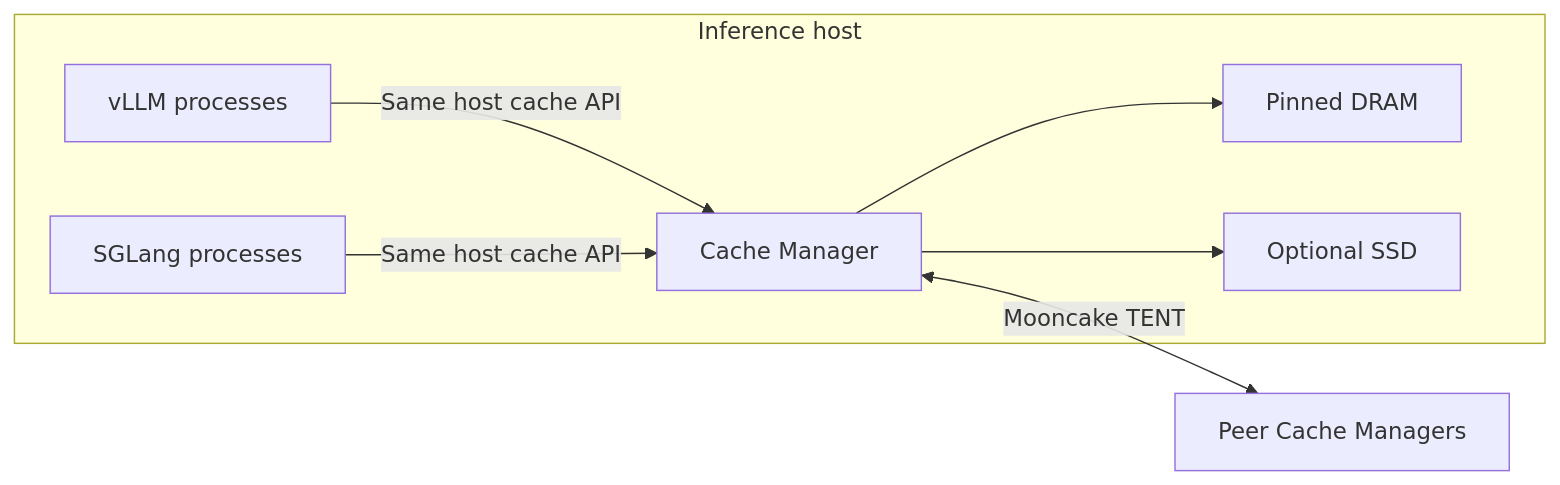
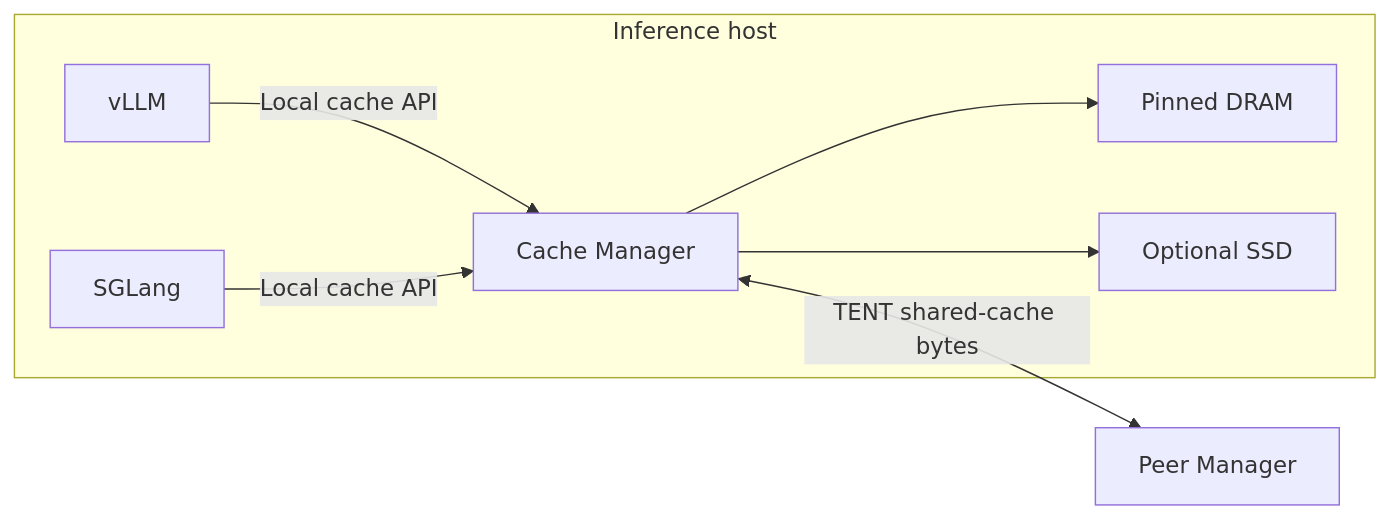
The diagram in docs/deployment.md (OrbitInfra/OrbitKV), drawn with Mermaid before and after one commit. The commit also changed other lines of this file and 24 other files, not shown here.

````diff
--- a/docs/deployment.md
+++ b/docs/deployment.md
@@ -28,10 +20,10 @@
 ```mermaid
 flowchart LR
   subgraph host[Inference host]
-    V[vLLM processes] -->|Same host cache API| M[Cache Manager]
-    S[SGLang processes] -->|Same host cache API| M
+    V[vLLM] -->|Local cache API| M[Cache Manager]
+    S[SGLang] -->|Local cache API| M
     M --> D[Pinned DRAM]
     M --> F[Optional SSD]
   end
-  M <-->|Mooncake TENT| P[Peer Cache Managers]
+  M <-->|TENT shared-cache bytes| P[Peer Manager]
 ```
````
